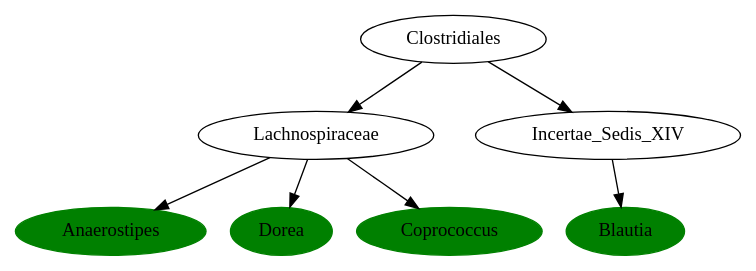
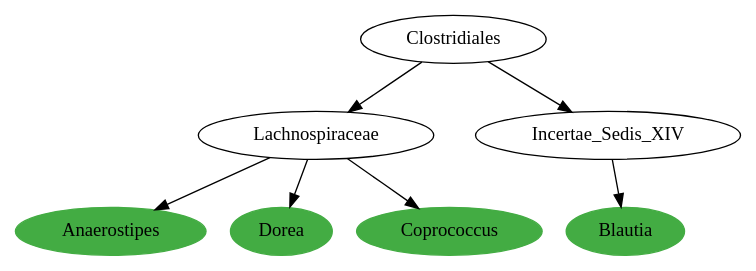
Before and after one commit to AndersHqst/thesis: the diagram in experiments/2a/phylogenetic-tree/dotfiles/5.dot, drawn with Graphviz. The commit also changed 77 other files, not shown here.

Commit message:
Added plotting code for summary graphs

```diff
--- a/experiments/2a/phylogenetic-tree/dotfiles/5.dot
+++ b/experiments/2a/phylogenetic-tree/dotfiles/5.dot
@@ -1,25 +1,25 @@
 digraph G { 
-	LachnospiraceaeAnaerostipes [label="Anaerostipes", color="green", style=filled];
+	LachnospiraceaeAnaerostipes [label="Anaerostipes", color="#43AC43", style=filled];
 	ClostridialesLachnospiraceae [label="Lachnospiraceae"];
 	LachnospiraceaeAnaerostipes [label="Anaerostipes"];
 	ClostridialesLachnospiraceae -> LachnospiraceaeAnaerostipes;
 	ClostridiaClostridiales [label="Clostridiales"];
 	ClostridialesLachnospiraceae [label="Lachnospiraceae"];
 	ClostridiaClostridiales -> ClostridialesLachnospiraceae;
-	LachnospiraceaeDorea [label="Dorea", color="green", style=filled];
+	LachnospiraceaeDorea [label="Dorea", color="#43AC43", style=filled];
 	ClostridialesLachnospiraceae [label="Lachnospiraceae"];
 	LachnospiraceaeDorea [label="Dorea"];
 	ClostridialesLachnospiraceae -> LachnospiraceaeDorea;
-	LachnospiraceaeCoprococcus [label="Coprococcus", color="green", style=filled];
+	LachnospiraceaeCoprococcus [label="Coprococcus", color="#43AC43", style=filled];
 	ClostridialesLachnospiraceae [label="Lachnospiraceae"];
 	LachnospiraceaeCoprococcus [label="Coprococcus"];
 	ClostridialesLachnospiraceae -> LachnospiraceaeCoprococcus;
-	Incertae_Sedis_XIVBlautia [label="Blautia", color="green", style=filled];
+	Incertae_Sedis_XIVBlautia [label="Blautia", color="#43AC43", style=filled];
 	ClostridialesIncertae_Sedis_XIV [label="Incertae_Sedis_XIV"];
 	Incertae_Sedis_XIVBlautia [label="Blautia"];
 	ClostridialesIncertae_Sedis_XIV -> Incertae_Sedis_XIVBlautia;
 	ClostridiaClostridiales [label="Clostridiales"];
 	ClostridialesIncertae_Sedis_XIV [label="Incertae_Sedis_XIV"];
 	ClostridiaClostridiales -> ClostridialesIncertae_Sedis_XIV;
 
  }
```
